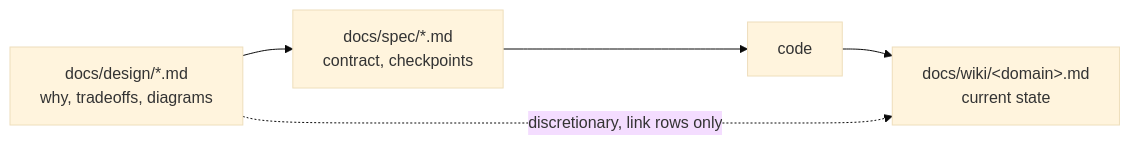
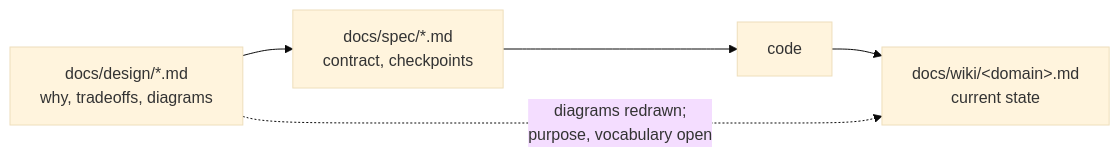
The first of 2 diagrams in docs/design/doc-consolidation.md (damusix/atomic-claude), drawn with Mermaid (base theme) before and after one commit. The commit also changed other lines of this file and 15 other files, not shown here.

First line of the commit message:
feat: mermaid layout limits and design-diagram carry-over

````diff
--- a/docs/design/doc-consolidation.md
+++ b/docs/design/doc-consolidation.md
@@ -32,7 +32,7 @@
 ```mermaid
 flowchart LR
     D["docs/design/*.md<br/>why, tradeoffs, diagrams"] --> S["docs/spec/*.md<br/>contract, checkpoints"]
     S --> C["code"]
     C --> W["docs/wiki/&lt;domain&gt;.md<br/>current state"]
-    D -.->|"discretionary, link rows only"| W
+    D -.->|"diagrams redrawn;<br/>purpose, vocabulary open"| W
 ```
````
